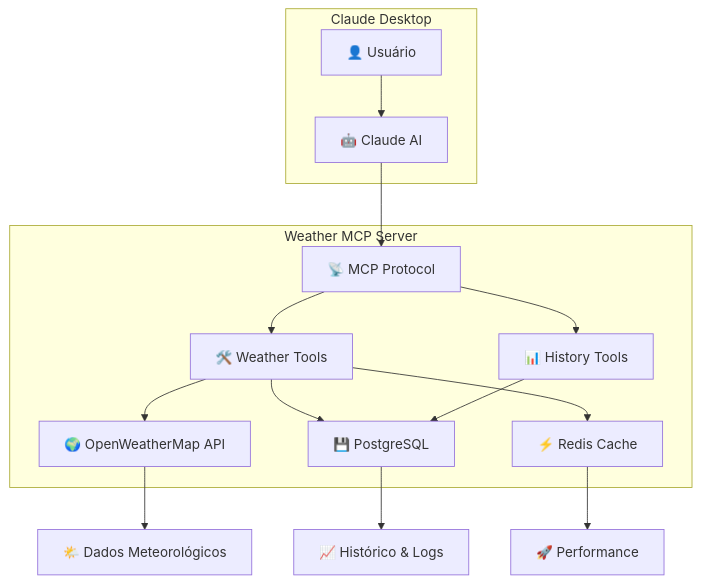
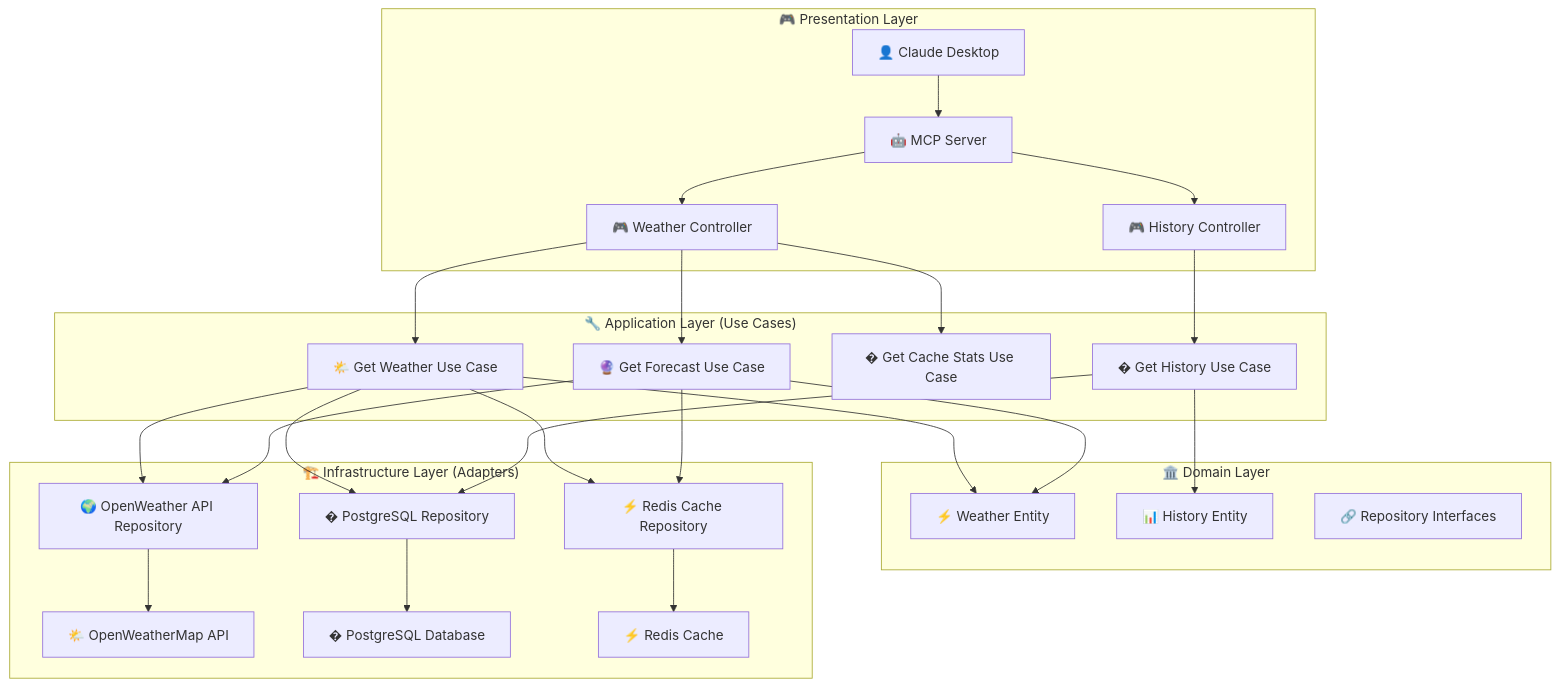
One commit to glaucia86/weather-mcp-server changed the diagram in README.md. Above: the diagram before and after it, drawn with Mermaid. The commit also changed other lines of this file and 23 other files, not shown here.

First line of the commit message:
feat: Implement weather forecasting and history use cases

````diff
--- a/README.md
+++ b/README.md
@@ -79,20 +84,34 @@
 ```mermaid
 graph TB
-    subgraph "Claude Desktop"
-        A[👤 Usuário] --> B[🤖 Claude AI]
+    subgraph "🎮 Presentation Layer"
+        A[👤 Claude Desktop] --> B[🤖 MCP Server]
+        B --> C[🎮 Weather Controller]
+        B --> D[🎮 History Controller]
     end
     
-    subgraph "Weather MCP Server"
-        B --> C[📡 MCP Protocol]
-        C --> D[🛠️ Weather Tools]
-        C --> E[📊 History Tools]
-        D --> F[🌍 OpenWeatherMap API]
-        D --> G[💾 PostgreSQL]
-        E --> G
-        D --> H[⚡ Redis Cache]
+    subgraph "🔧 Application Layer (Use Cases)"
+        C --> E[🌤️ Get Weather Use Case]
+        C --> F[🔮 Get Forecast Use Case]  
+        C --> G[� Get Cache Stats Use Case]
+        D --> H[� Get History Use Case]
     end
     
-    F --> I[🌤️ Dados Meteorológicos]
-    G --> J[📈 Histórico & Logs]
-    H --> K[🚀 Performance]
+    subgraph "🏛️ Domain Layer"
+        E --> I[⚡ Weather Entity]
+        F --> I
+        H --> J[📊 History Entity]
+        K[🔗 Repository Interfaces]
+    end
+    
+    subgraph "🏗️ Infrastructure Layer (Adapters)"
+        E --> L[🌍 OpenWeather API Repository]
+        E --> M[�️ PostgreSQL Repository]
+        E --> N[⚡ Redis Cache Repository]
+        F --> L
+        F --> N
+        H --> M
+        L --> O[🌤️ OpenWeatherMap API]
+        M --> P[� PostgreSQL Database]
+        N --> Q[⚡ Redis Cache]
+    end
 ```
````
